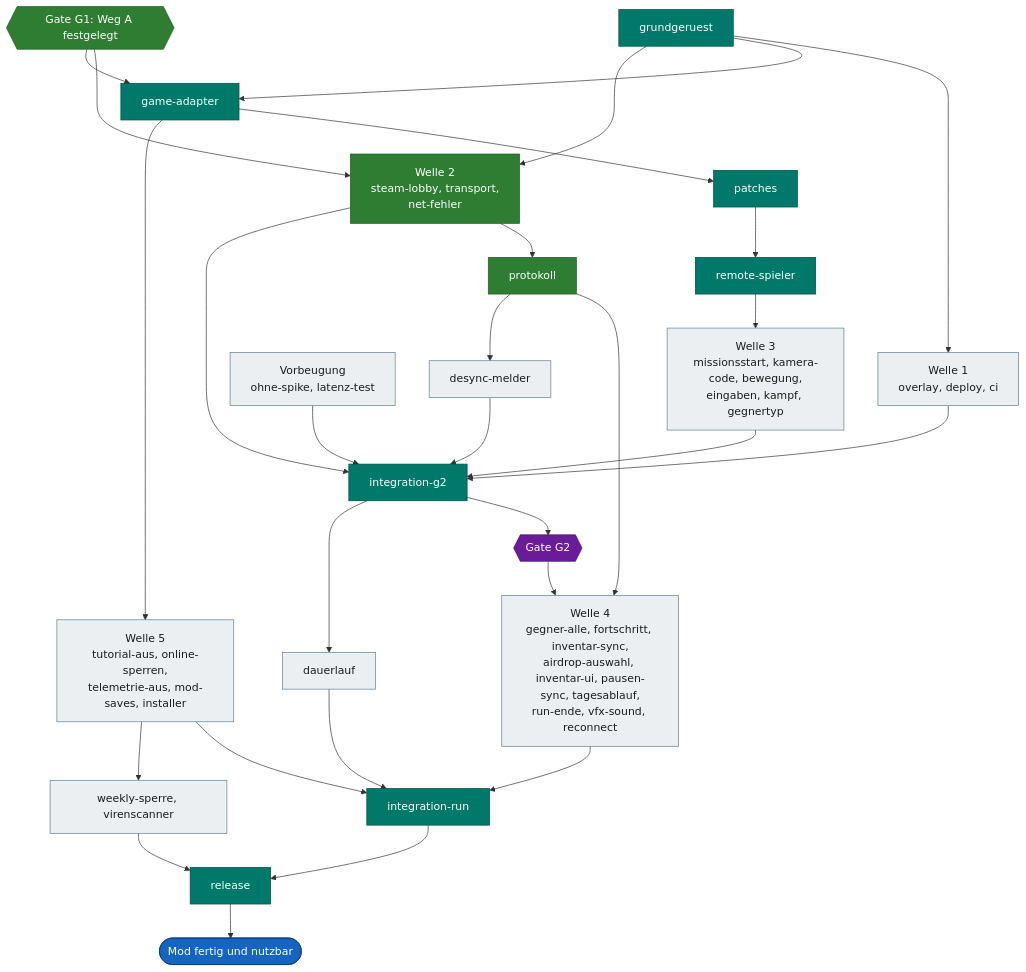
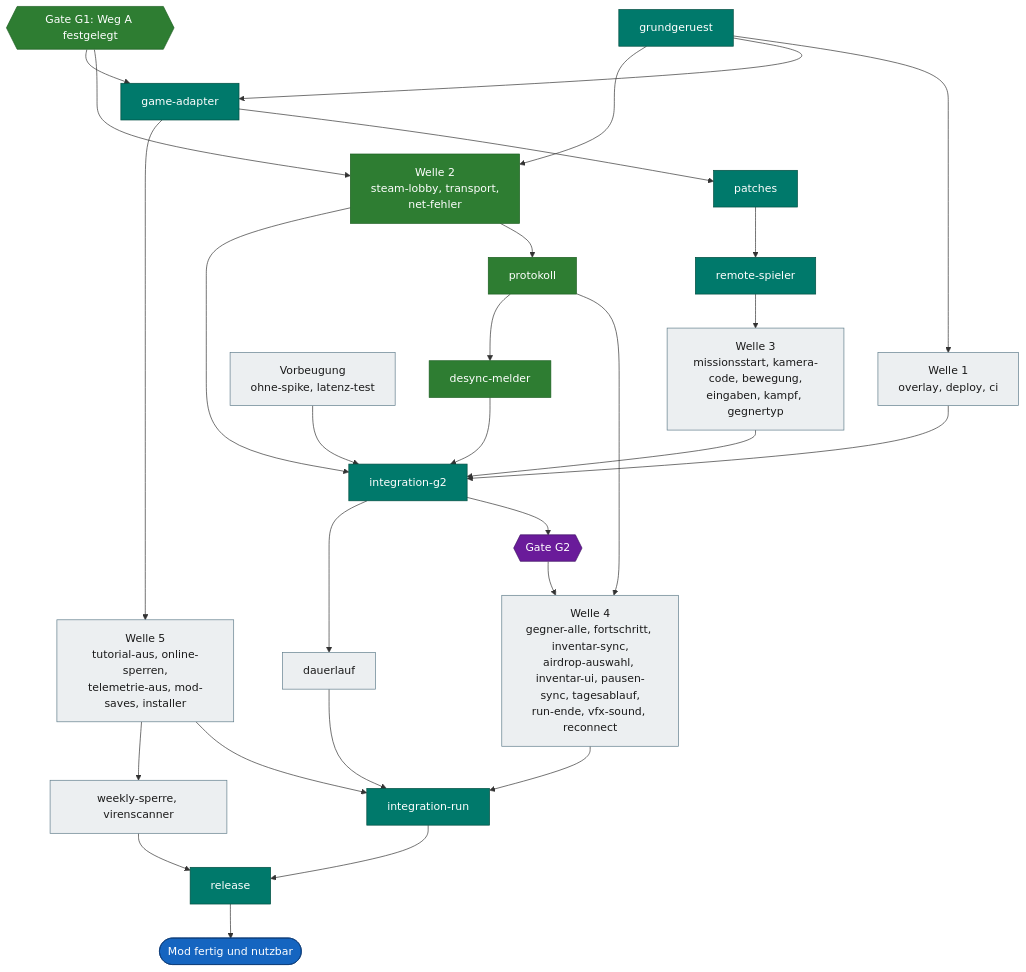
Before and after one commit to VitaminStack/Deadly-Days-Roadtrip-Multiplayer-Mod: the fourth of 4 diagrams in docs/ROADMAP.md, drawn with Mermaid. The commit also changed other lines of this file and 33 other files, not shown here.

First line of the commit message:
desync-melder: Zustandssumme über den Kontrollkanal, Abweichungen in Log und F8 (#98)

````diff
--- a/docs/ROADMAP.md
+++ b/docs/ROADMAP.md
@@ -251,32 +253,32 @@
 ```mermaid
 flowchart TD
     GR["grundgeruest"]:::central --> W1["Welle 1<br/>overlay, deploy, ci"]:::open
     GR --> GA["game-adapter"]:::central
     G1{{"Gate G1: Weg A festgelegt"}}:::done --> W2["Welle 2<br/>steam-lobby, transport,<br/>net-fehler"]:::done
     GR --> W2
     G1 --> GA
     GA --> PT["patches"]:::central --> RS["remote-spieler"]:::central
     GA --> W5["Welle 5<br/>tutorial-aus, online-sperren,<br/>telemetrie-aus, mod-saves, installer"]:::open
     RS --> W3["Welle 3<br/>missionsstart, kamera-code, bewegung,<br/>eingaben, kampf, gegnertyp"]:::open
     W1 --> IG["integration-g2"]:::central
     W2 --> PR["protokoll"]:::done
     W2 --> IG
     W3 --> IG
     IG --> G2{{"Gate G2"}}:::gate
     PR --> W4["Welle 4<br/>gegner-alle, fortschritt, inventar-sync,<br/>airdrop-auswahl, inventar-ui, pausen-sync, tagesablauf,<br/>run-ende, vfx-sound, reconnect"]:::open
     G2 --> W4
     W4 --> IR["integration-run"]:::central
     W5 --> IR
     RV["Vorbeugung<br/>ohne-spike, latenz-test"]:::open --> IG
-    PR --> DS["desync-melder"]:::open --> IG
+    PR --> DS["desync-melder"]:::done --> IG
     IG --> DL["dauerlauf"]:::open --> IR
     W5 --> W6["weekly-sperre, virenscanner"]:::open --> RL
     IR --> RL["release"]:::central
     RL --> Z(["Mod fertig und nutzbar"]):::goal
 
     classDef done fill:#2e7d32,stroke:#1b5e20,color:#ffffff
     classDef central fill:#00796b,stroke:#004d40,color:#ffffff
     classDef open fill:#eceff1,stroke:#607d8b,color:#1a1a1a
     classDef gate fill:#6a1b9a,stroke:#3e1163,color:#ffffff
     classDef goal fill:#1565c0,stroke:#0d3c78,color:#ffffff
 ```
````
